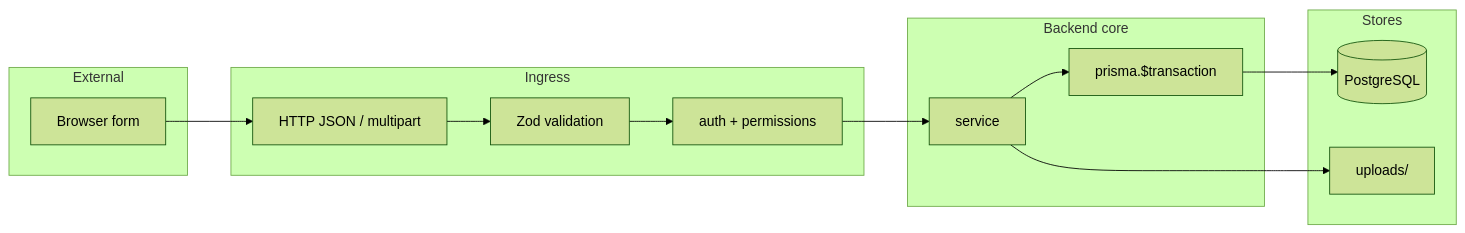
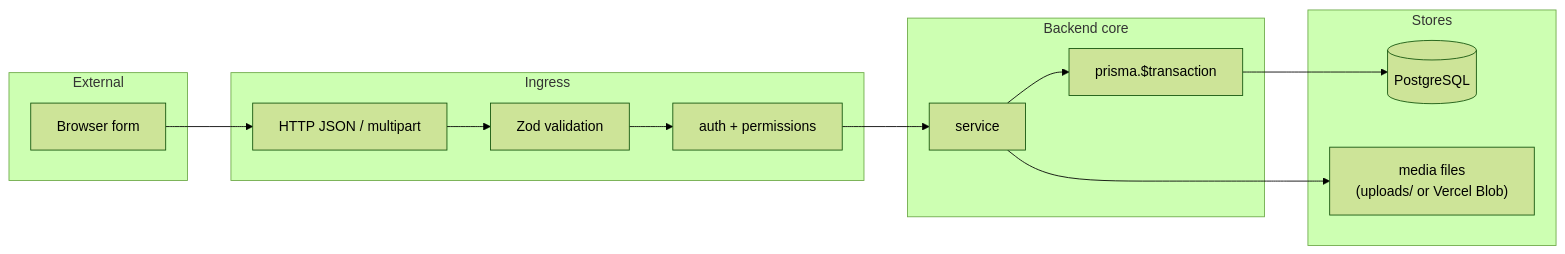
Before and after one commit to roman-ua89/remindme: diagram 12 of 14 in backend/docs/ARCHITECTURE.md, drawn with Mermaid (forest theme). The commit also changed other lines of this file and 13 other files, not shown here.

````diff
--- a/backend/docs/ARCHITECTURE.md
+++ b/backend/docs/ARCHITECTURE.md
@@ -504,26 +504,26 @@
 ```mermaid
 flowchart LR
     subgraph external [External]
         UI["Browser form"]
     end
 
     subgraph ingress [Ingress]
         HTTP["HTTP JSON / multipart"]
         Val["Zod validation"]
         AuthZ["auth + permissions"]
     end
 
     subgraph core [Backend core]
         Svc["service"]
         Tx["prisma.$transaction"]
     end
 
     subgraph stores [Stores]
         PG[(PostgreSQL)]
-        FS["uploads/"]
+        FS["media files<br/>(uploads/ or Vercel Blob)"]
     end
 
     UI --> HTTP --> Val --> AuthZ --> Svc
     Svc --> Tx --> PG
     Svc --> FS
 ```
````
